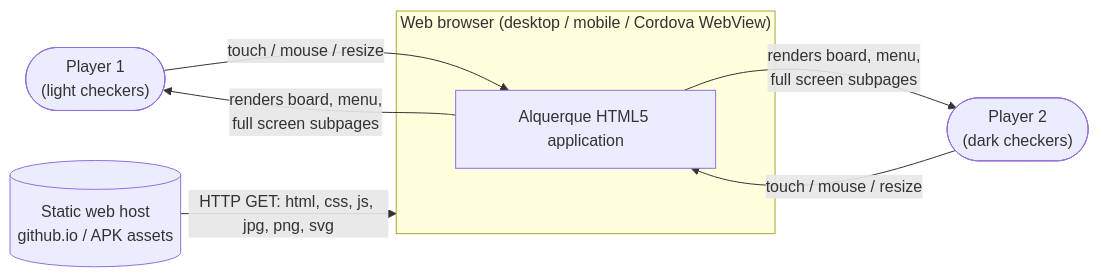
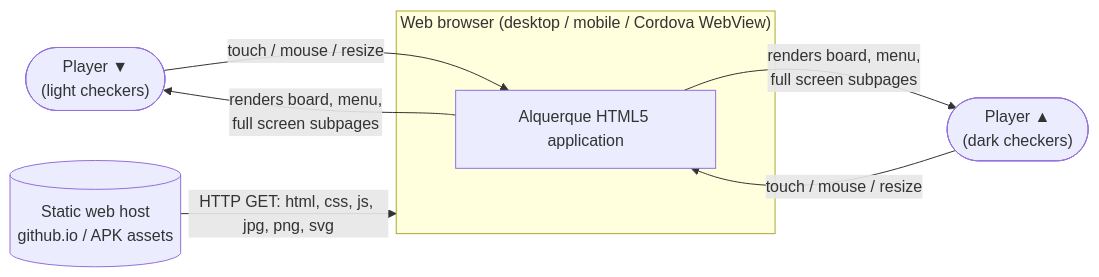
One commit to OMerkel/Alquerque changed the first of 20 diagrams in doc/software_architecture.md. Above: the diagram before and after it, drawn with Mermaid. The commit also changed other lines of this file and 6 other files, not shown here.

````diff
--- a/doc/software_architecture.md
+++ b/doc/software_architecture.md
@@ -68,17 +68,17 @@
 ```mermaid
 flowchart LR
-  human1(["Player 1<br/>(light checkers)"])
-  human2(["Player 2<br/>(dark checkers)"])
+  human1(["Player ▼<br/>(light checkers)"])
+  human2(["Player ▲<br/>(dark checkers)"])
 
   subgraph browser["Web browser (desktop / mobile / Cordova WebView)"]
     app["Alquerque HTML5 application"]
   end
 
   host[("Static web host<br/>github.io / APK assets")]
 
   human1 -- "touch / mouse / resize" --> app
   human2 -- "touch / mouse / resize" --> app
   app -- "renders board, menu,<br/>full screen subpages" --> human1
   app -- "renders board, menu,<br/>full screen subpages" --> human2
   host -- "HTTP GET: html, css, js, jpg, png, svg" --> browser
 ```
````
